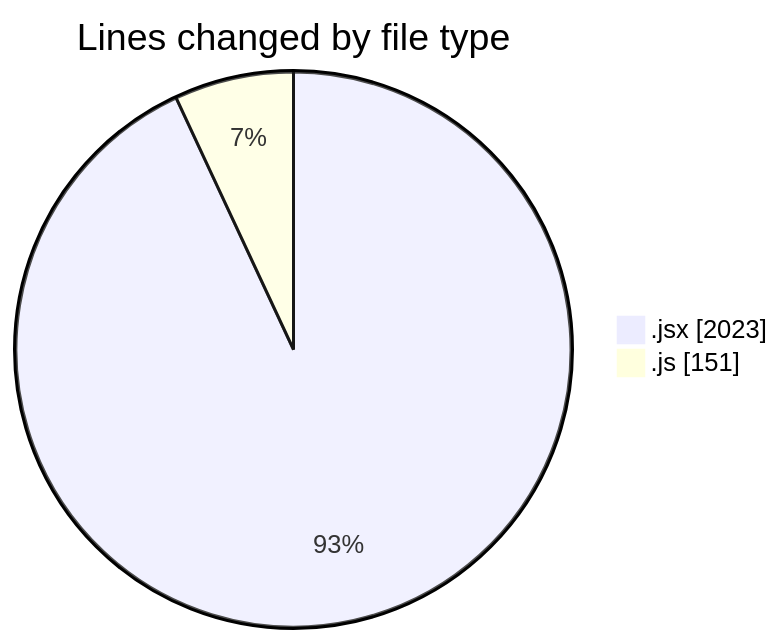
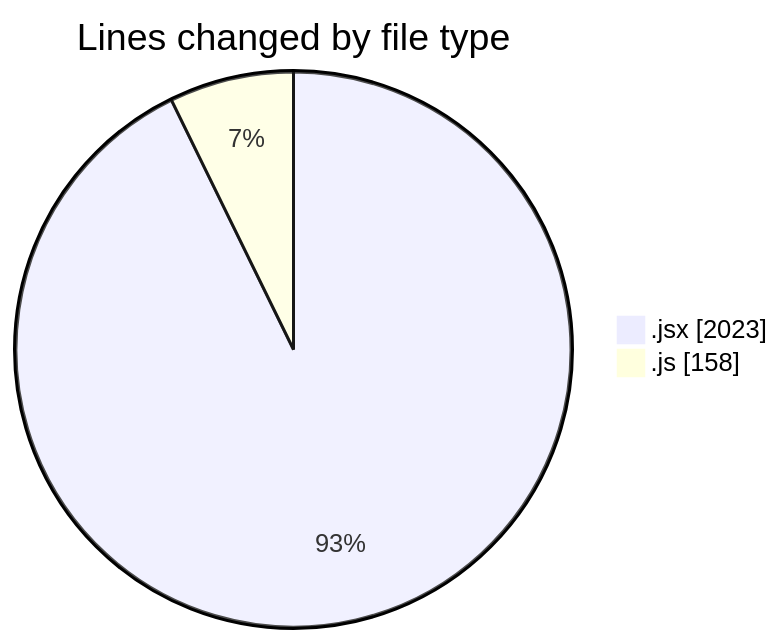
The first of 2 diagrams in 2025-12-30/nxtqube_webapp/README.md (nxtqubesakshisongat/code-tracking), drawn with Mermaid before and after one commit. The commit also changed other lines of this file and 1 other file, not shown here.

````diff
--- a/2025-12-30/nxtqube_webapp/README.md
+++ b/2025-12-30/nxtqube_webapp/README.md
@@ -22,6 +22,6 @@
 ```mermaid
 pie showData
 title Lines changed by file type
 ".jsx" : 2023
-".js" : 151
+".js" : 158
 ```
````
